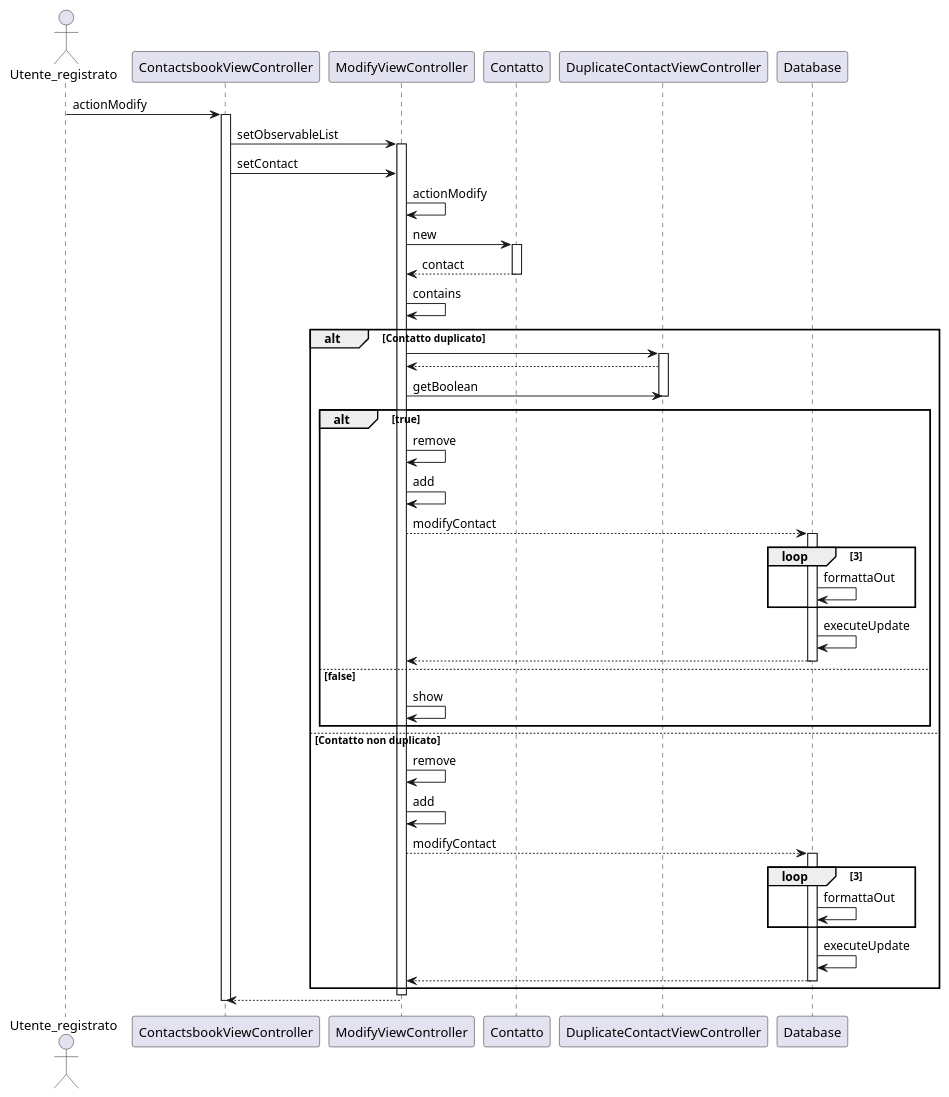
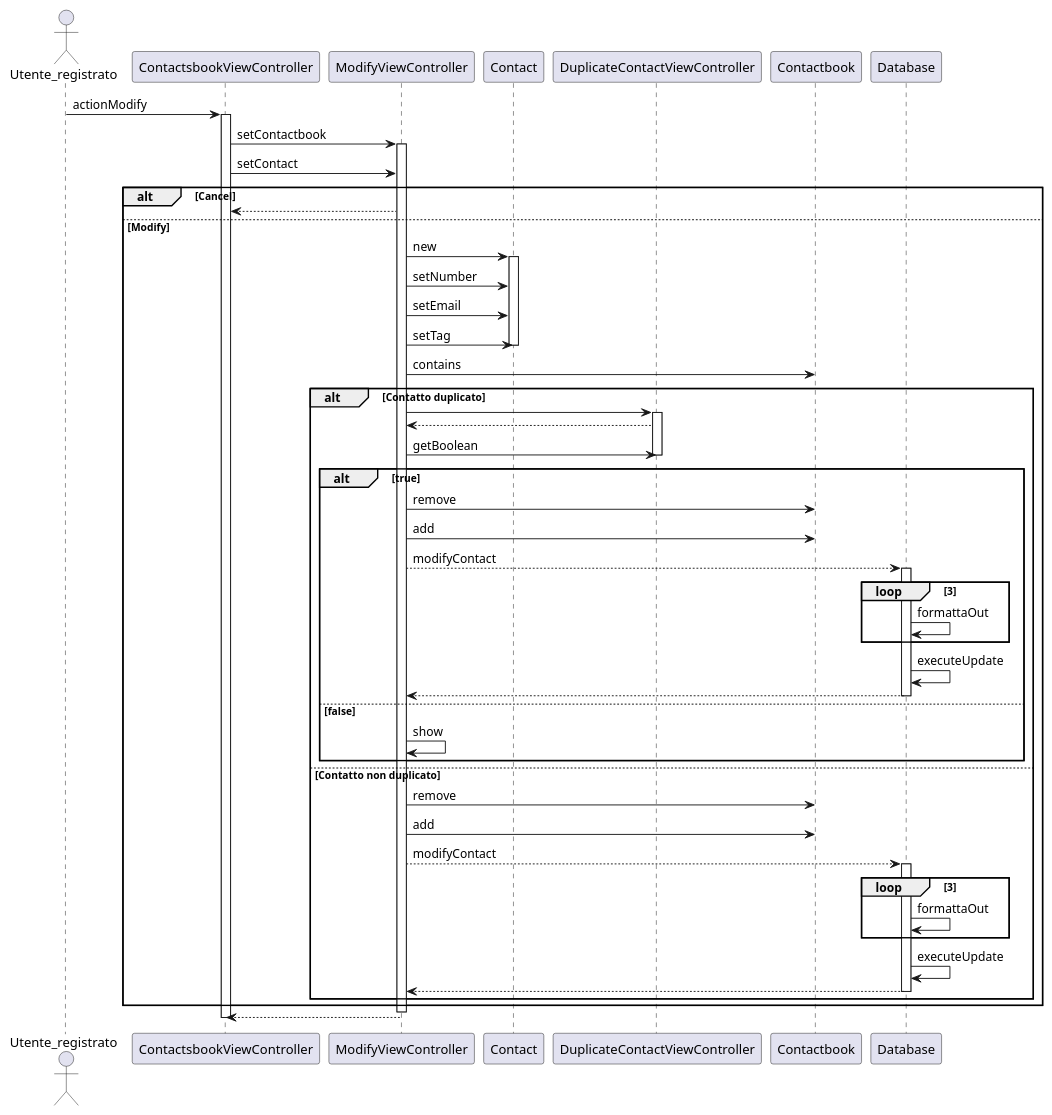
Before and after one commit to CupoMeridio/Ingegneria-del-software-2024-2025: the diagram in src/main/resources/SequenceDiagrams/SequenceDiagram_actionModify.puml, drawn with PlantUML. The commit also changed 2 other files, not shown here.

Commit message:
Diagrammi di sequenza aggiornati

```diff
--- a/src/main/resources/SequenceDiagrams/SequenceDiagram_actionModify.puml
+++ b/src/main/resources/SequenceDiagrams/SequenceDiagram_actionModify.puml
@@ -1,58 +1,64 @@
 @startuml
 actor Utente_registrato
 participant ContactsbookViewController
 participant ModifyViewController
-participant "Contatto" as Contact
+participant Contact
 participant DuplicateContactViewController
+participant Contactbook
 participant Database
 
 
 Utente_registrato -> ContactsbookViewController: actionModify
 activate ContactsbookViewController
-ContactsbookViewController->ModifyViewController: setObservableList
+ContactsbookViewController->ModifyViewController: setContactbook
 activate ModifyViewController
 ContactsbookViewController->ModifyViewController: setContact
-ModifyViewController -> ModifyViewController: actionModify
-ModifyViewController->Contact: new
-activate Contact
-Contact-->ModifyViewController: contact
-deactivate Contact
-ModifyViewController->ModifyViewController: contains
+alt Cancel
+    ModifyViewController-->ContactsbookViewController
+else Modify
+    ModifyViewController->Contact: new
+    activate Contact
+        ModifyViewController->Contact:setNumber
+        ModifyViewController->Contact:setEmail
+        ModifyViewController->Contact:setTag
+    deactivate Contact
+    ModifyViewController->Contactbook: contains
 alt Contatto duplicato
     ModifyViewController -> DuplicateContactViewController
     activate DuplicateContactViewController
     DuplicateContactViewController-->ModifyViewController
     ModifyViewController->DuplicateContactViewController: getBoolean
     deactivate DuplicateContactViewController 
         alt true
-            ModifyViewController->ModifyViewController:remove
-            ModifyViewController->ModifyViewController:add
+            ModifyViewController->Contactbook:remove
+            ModifyViewController->Contactbook:add
             ModifyViewController-->Database: modifyContact
             activate Database
             loop 3
              Database -> Database: formattaOut
             end 
             Database -> Database: executeUpdate
             Database --> ModifyViewController
             deactivate Database
         else false
             ModifyViewController->ModifyViewController:show
         end
 else Contatto non duplicato
-ModifyViewController->ModifyViewController: remove
-ModifyViewController->ModifyViewController: add
+ModifyViewController->Contactbook: remove
+ModifyViewController->Contactbook: add
 ModifyViewController-->Database: modifyContact
 activate Database
             loop 3
              Database -> Database: formattaOut
             end 
             Database -> Database: executeUpdate
             Database --> ModifyViewController
             deactivate Database
 end
 activate Database
+end
 deactivate ModifyViewController
 deactivate Database
 ModifyViewController-->ContactsbookViewController
 deactivate ContactsbookViewController
 @enduml 
```
